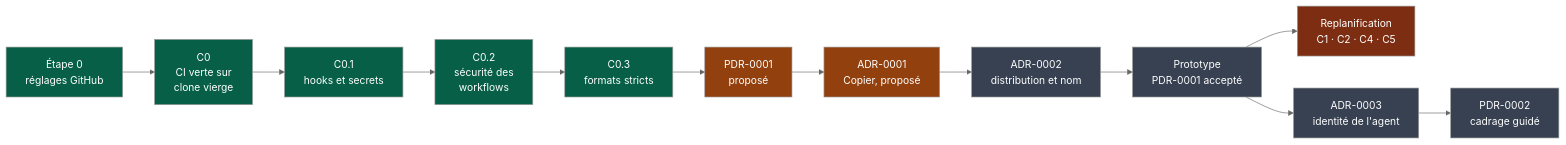
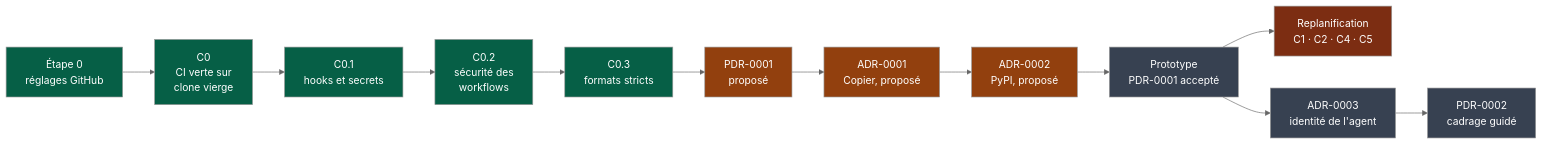
The first of 2 diagrams in docs/governance/chantiers.md (NapkinStack/engineering-os), drawn with Mermaid (neutral theme) before and after one commit. The commit also changed other lines of this file and 2 other files, not shown here.

First line of the commit message:
ADR-0002 — Distribuer NapkinStack sur PyPI (#10)

````diff
--- a/docs/governance/chantiers.md
+++ b/docs/governance/chantiers.md
@@ -10,19 +10,19 @@
 ```mermaid
 flowchart LR
     S0["Étape 0<br/>réglages GitHub"]:::fait --> C0["C0<br/>CI verte sur<br/>clone vierge"]:::fait
     C0 --> C01["C0.1<br/>hooks et secrets"]:::fait
     C01 --> C02["C0.2<br/>sécurité des<br/>workflows"]:::fait
     C02 --> C03["C0.3<br/>formats stricts"]:::fait
     C03 --> PDR["PDR-0001<br/>proposé"]:::partiel
     PDR --> A1["ADR-0001<br/>Copier, proposé"]:::partiel
-    A1 --> A2["ADR-0002<br/>distribution et nom"]:::afaire
+    A1 --> A2["ADR-0002<br/>PyPI, proposé"]:::partiel
     A2 --> PT["Prototype<br/>PDR-0001 accepté"]:::afaire
     PT --> RP["Replanification<br/>C1 · C2 · C4 · C5"]:::bloque
     PT --> A3["ADR-0003<br/>identité de l'agent"]:::afaire
     A3 --> P2["PDR-0002<br/>cadrage guidé"]:::afaire
 
     classDef fait fill:#065f46,color:#fff
     classDef partiel fill:#92400e,color:#fff
     classDef afaire fill:#374151,color:#fff
     classDef bloque fill:#7c2d12,color:#fff
 ```
````
